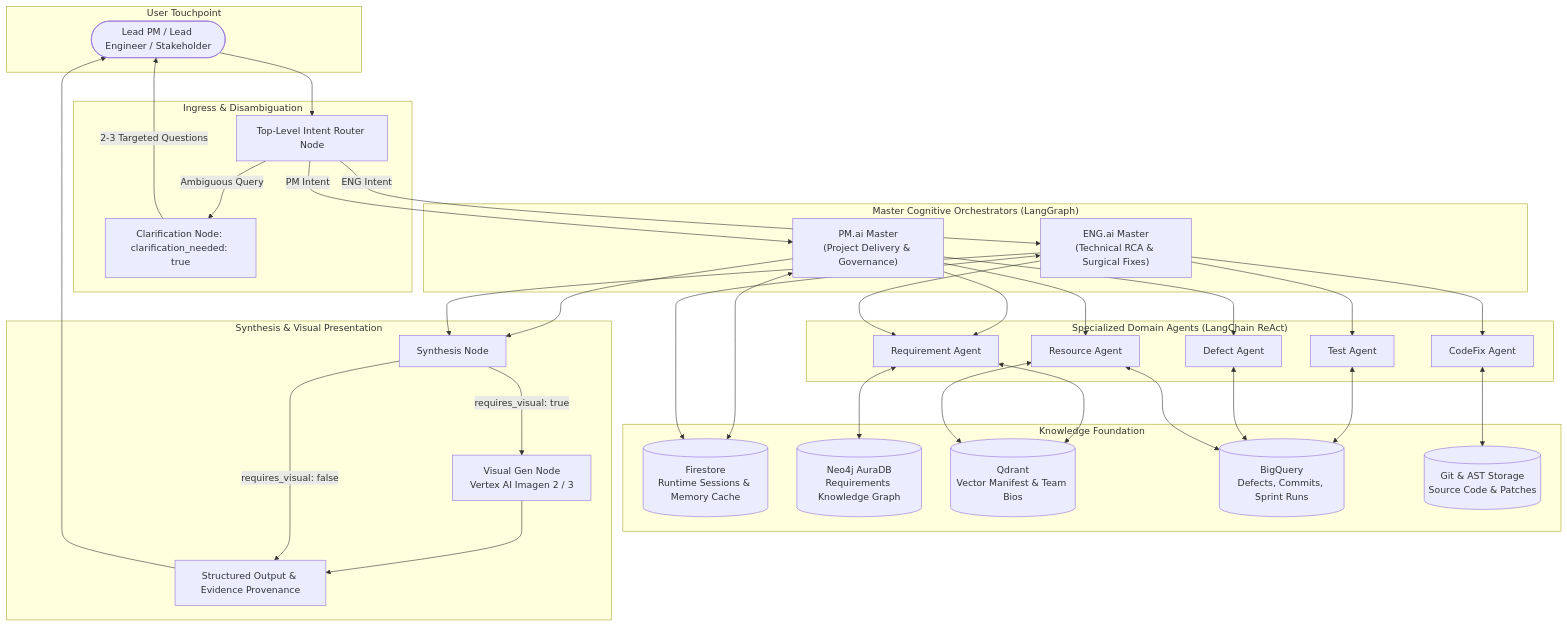
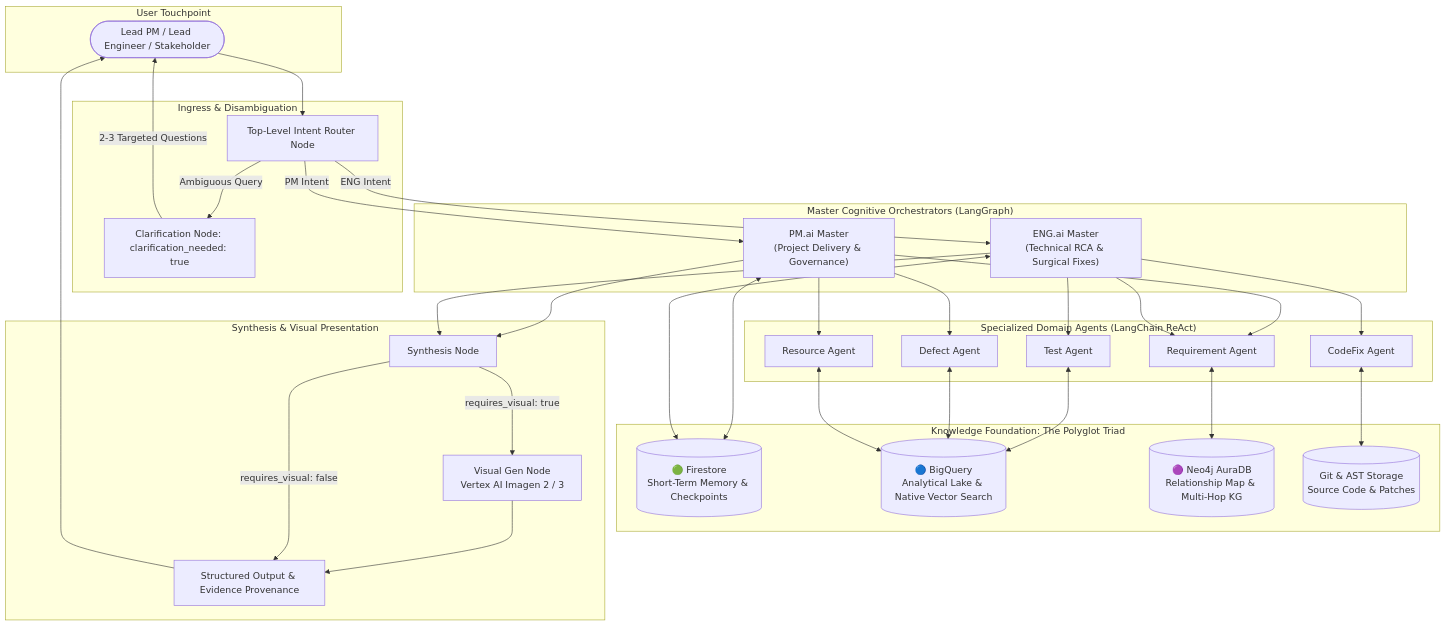
Before and after one commit to JyothiLakshmikanth/AXIOM_Hackathon: the first of 3 diagrams in README.md, drawn with Mermaid. The commit also changed other lines of this file and 7 other files, not shown here.

````diff
--- a/README.md
+++ b/README.md
@@ -53,70 +53,67 @@
 ```mermaid
 graph TB
   subgraph User_Layer["User Touchpoint"]
     User([Lead PM / Lead Engineer / Stakeholder])
   end
 
   subgraph Ingress_Layer["Ingress & Disambiguation"]
     Router[Top-Level Intent Router Node]
     Clarification[Clarification Node: clarification_needed: true]
   end
 
   subgraph Masters["Master Cognitive Orchestrators (LangGraph)"]
     PM_Master["PM.ai Master<br/>(Project Delivery & Governance)"]
     ENG_Master["ENG.ai Master<br/>(Technical RCA & Surgical Fixes)"]
   end
 
-  subgraph Foundation["Knowledge Foundation"]
-    Firestore[(Firestore<br/>Runtime Sessions & Memory Cache)]
-    Neo4j[(Neo4j AuraDB<br/>Requirements Knowledge Graph)]
-    Qdrant[(Qdrant<br/>Vector Manifest & Team Bios)]
-    BigQuery[(BigQuery<br/>Defects, Commits, Sprint Runs)]
+  subgraph Foundation["Knowledge Foundation: The Polyglot Triad"]
+    Firestore[(🟢 Firestore<br/>Short-Term Memory & Checkpoints)]
+    BigQuery[(🔵 BigQuery<br/>Analytical Lake & Native Vector Search)]
+    Neo4j[(🟣 Neo4j AuraDB<br/>Relationship Map & Multi-Hop KG)]
     CloudStorage[(Git & AST Storage<br/>Source Code & Patches)]
   end
 
   subgraph Agents["Specialized Domain Agents (LangChain ReAct)"]
     ReqAgent[Requirement Agent]
     TestAgent[Test Agent]
     DefectAgent[Defect Agent]
     ResourceAgent[Resource Agent]
     CodeFixAgent[CodeFix Agent]
   end
 
   subgraph Synthesis["Synthesis & Visual Presentation"]
     Synthesizer[Synthesis Node]
     VisualGen[Visual Gen Node<br/>Vertex AI Imagen 2 / 3]
     Response[Structured Output & Evidence Provenance]
   end
 
   User --> Router
   Router -->|Ambiguous Query| Clarification
   Clarification -->|2-3 Targeted Questions| User
   Router -->|PM Intent| PM_Master
   Router -->|ENG Intent| ENG_Master
 
   PM_Master <--> Firestore
   ENG_Master <--> Firestore
 
   PM_Master --> DefectAgent
   PM_Master --> ResourceAgent
   PM_Master --> ReqAgent
 
   ENG_Master --> CodeFixAgent
   ENG_Master --> TestAgent
   ENG_Master --> ReqAgent
 
   ReqAgent <--> Neo4j
-  ReqAgent <--> Qdrant
   TestAgent <--> BigQuery
   DefectAgent <--> BigQuery
   ResourceAgent <--> BigQuery
-  ResourceAgent <--> Qdrant
   CodeFixAgent <--> CloudStorage
 
   PM_Master --> Synthesizer
   ENG_Master --> Synthesizer
   Synthesizer -->|requires_visual: true| VisualGen
   VisualGen --> Response
   Synthesizer -->|requires_visual: false| Response
   Response --> User
 ```
````
